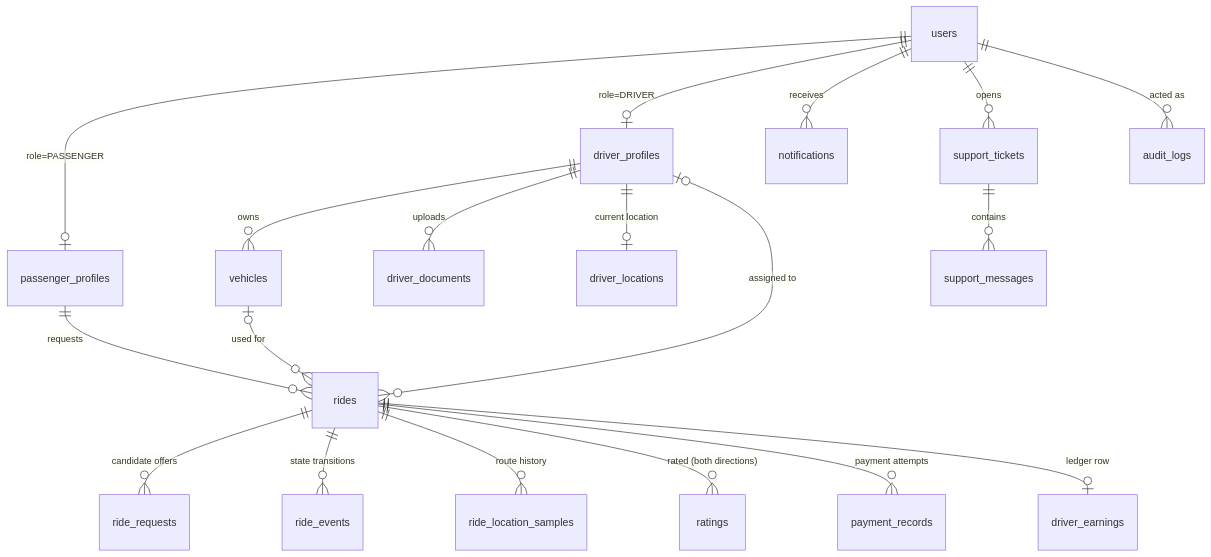
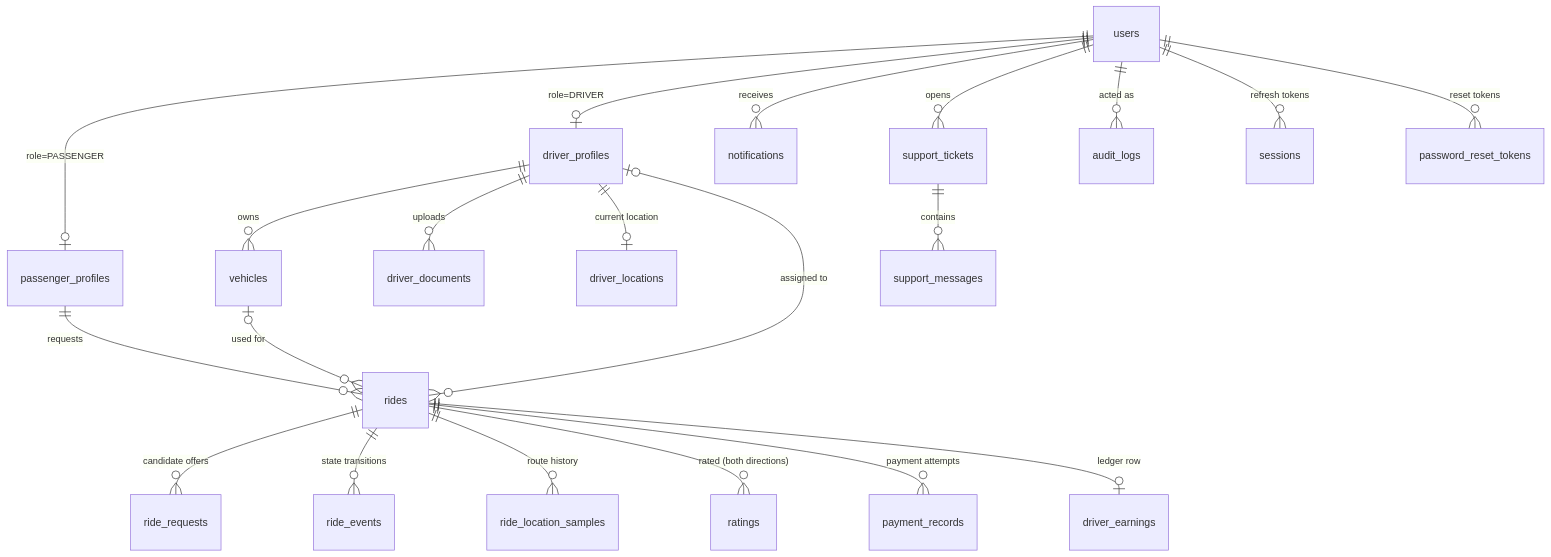
One commit to g3rm4d3/nextjs-geist-font-example changed the diagram in docs/database.md. Above: the diagram before and after it, drawn with Mermaid. The commit also changed other lines of this file and 57 other files, not shown here.

````diff
--- a/docs/database.md
+++ b/docs/database.md
@@ -36,23 +39,25 @@
 ```mermaid
 erDiagram
     users ||--o| passenger_profiles : "role=PASSENGER"
     users ||--o| driver_profiles : "role=DRIVER"
     driver_profiles ||--o{ vehicles : owns
     driver_profiles ||--o{ driver_documents : uploads
     driver_profiles ||--o| driver_locations : "current location"
 
     passenger_profiles ||--o{ rides : requests
     driver_profiles |o--o{ rides : "assigned to"
     vehicles |o--o{ rides : "used for"
     rides ||--o{ ride_requests : "candidate offers"
     rides ||--o{ ride_events : "state transitions"
     rides ||--o{ ride_location_samples : "route history"
     rides ||--o{ ratings : "rated (both directions)"
     rides ||--o{ payment_records : "payment attempts"
     rides ||--o| driver_earnings : "ledger row"
 
     users ||--o{ notifications : receives
     users ||--o{ support_tickets : opens
     support_tickets ||--o{ support_messages : contains
     users ||--o{ audit_logs : "acted as"
+    users ||--o{ sessions : "refresh tokens"
+    users ||--o{ password_reset_tokens : "reset tokens"
 ```
````
